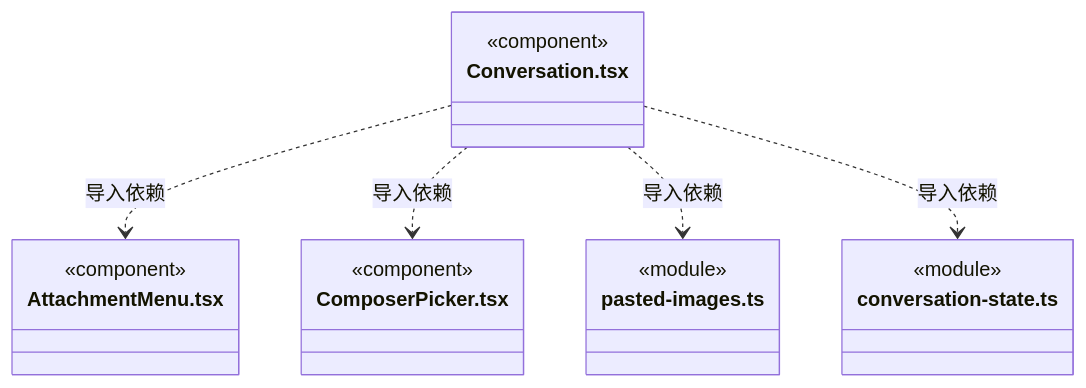
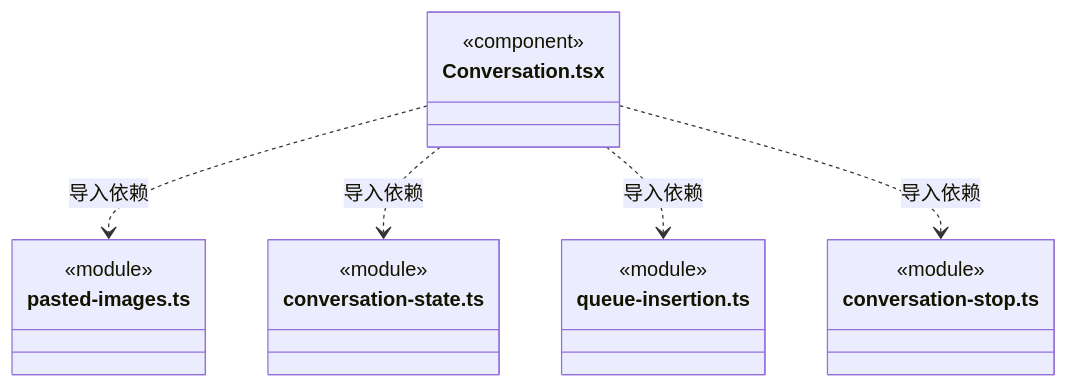
Before and after one commit to nan023062/cbim: diagram 40 of 46 in src/view/conversation/ARCHITECTURE.md, drawn with Mermaid. The commit also changed other lines of this file and 12 other files, not shown here.

````diff
--- a/src/view/conversation/ARCHITECTURE.md
+++ b/src/view/conversation/ARCHITECTURE.md
@@ -514,22 +588,22 @@
 ```mermaid
 classDiagram
 class N_src_view_conversation_Conversation_tsx["Conversation.tsx"] {
-  <<component>>
-}
-class N_src_view_conversation_AttachmentMenu_tsx["AttachmentMenu.tsx"] {
-  <<component>>
-}
-class N_src_view_conversation_ComposerPicker_tsx["ComposerPicker.tsx"] {
   <<component>>
 }
 class N_src_view_conversation_pasted_images_ts["pasted-images.ts"] {
   <<module>>
 }
 class N_src_view_conversation_conversation_state_ts["conversation-state.ts"] {
   <<module>>
 }
-N_src_view_conversation_Conversation_tsx ..> N_src_view_conversation_AttachmentMenu_tsx : 导入依赖
-N_src_view_conversation_Conversation_tsx ..> N_src_view_conversation_ComposerPicker_tsx : 导入依赖
+class N_src_view_conversation_queue_insertion_ts["queue-insertion.ts"] {
+  <<module>>
+}
+class N_src_view_conversation_conversation_stop_ts["conversation-stop.ts"] {
+  <<module>>
+}
 N_src_view_conversation_Conversation_tsx ..> N_src_view_conversation_pasted_images_ts : 导入依赖
 N_src_view_conversation_Conversation_tsx ..> N_src_view_conversation_conversation_state_ts : 导入依赖
+N_src_view_conversation_Conversation_tsx ..> N_src_view_conversation_queue_insertion_ts : 导入依赖
+N_src_view_conversation_Conversation_tsx ..> N_src_view_conversation_conversation_stop_ts : 导入依赖
 ```
````
